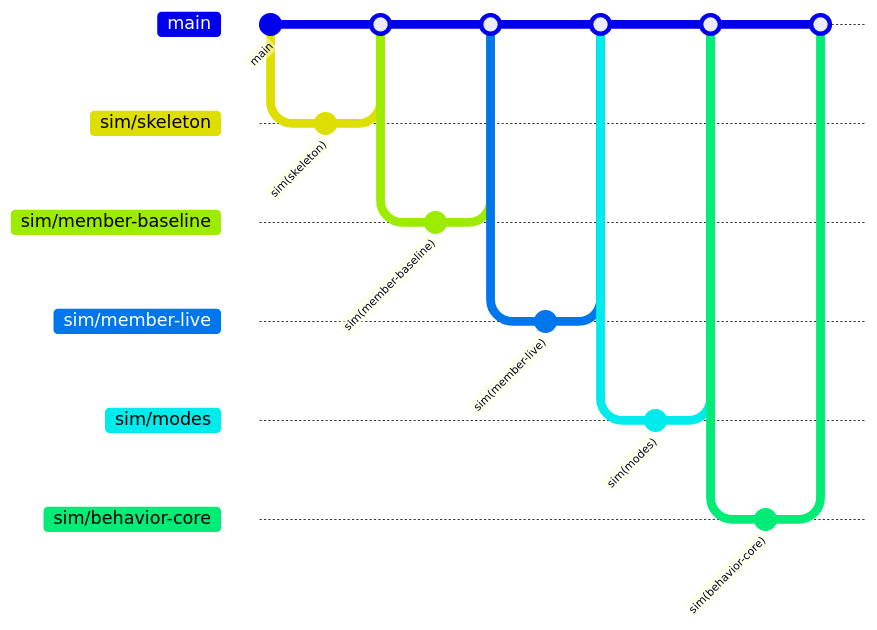
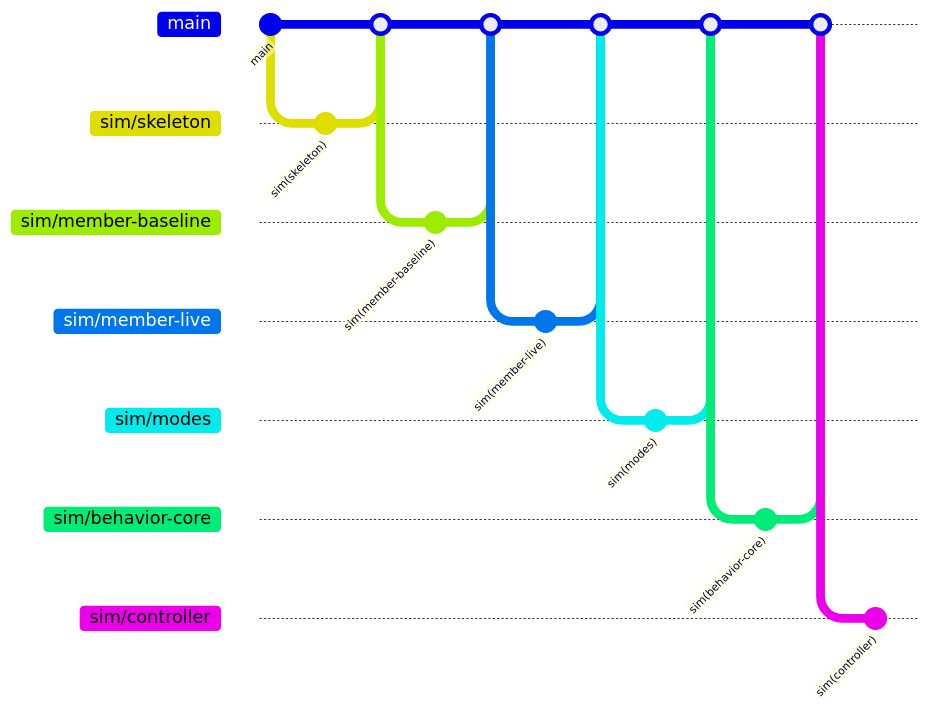
One commit to josiah113366-sketch/clothes-query changed the diagram in docs/BRANCHES.md. Above: the diagram before and after it, drawn with Mermaid. The commit also changed other lines of this file and 1 other file, not shown here.

Commit message:
docs(sim/controller): 브랜치 등록과 작업 지시서 추가

````diff
--- a/docs/BRANCHES.md
+++ b/docs/BRANCHES.md
@@ -35,24 +35,26 @@
 ```mermaid
 gitGraph
   commit id: "main"
   branch sim/skeleton
   commit id: "sim(skeleton)"
   checkout main
   merge sim/skeleton
   branch sim/member-baseline
   commit id: "sim(member-baseline)"
   checkout main
   merge sim/member-baseline
   branch sim/member-live
   commit id: "sim(member-live)"
   checkout main
   merge sim/member-live
   branch sim/modes
   commit id: "sim(modes)"
   checkout main
   merge sim/modes
   branch sim/behavior-core
   commit id: "sim(behavior-core)"
   checkout main
   merge sim/behavior-core
+  branch sim/controller
+  commit id: "sim(controller)"
 ```
````
